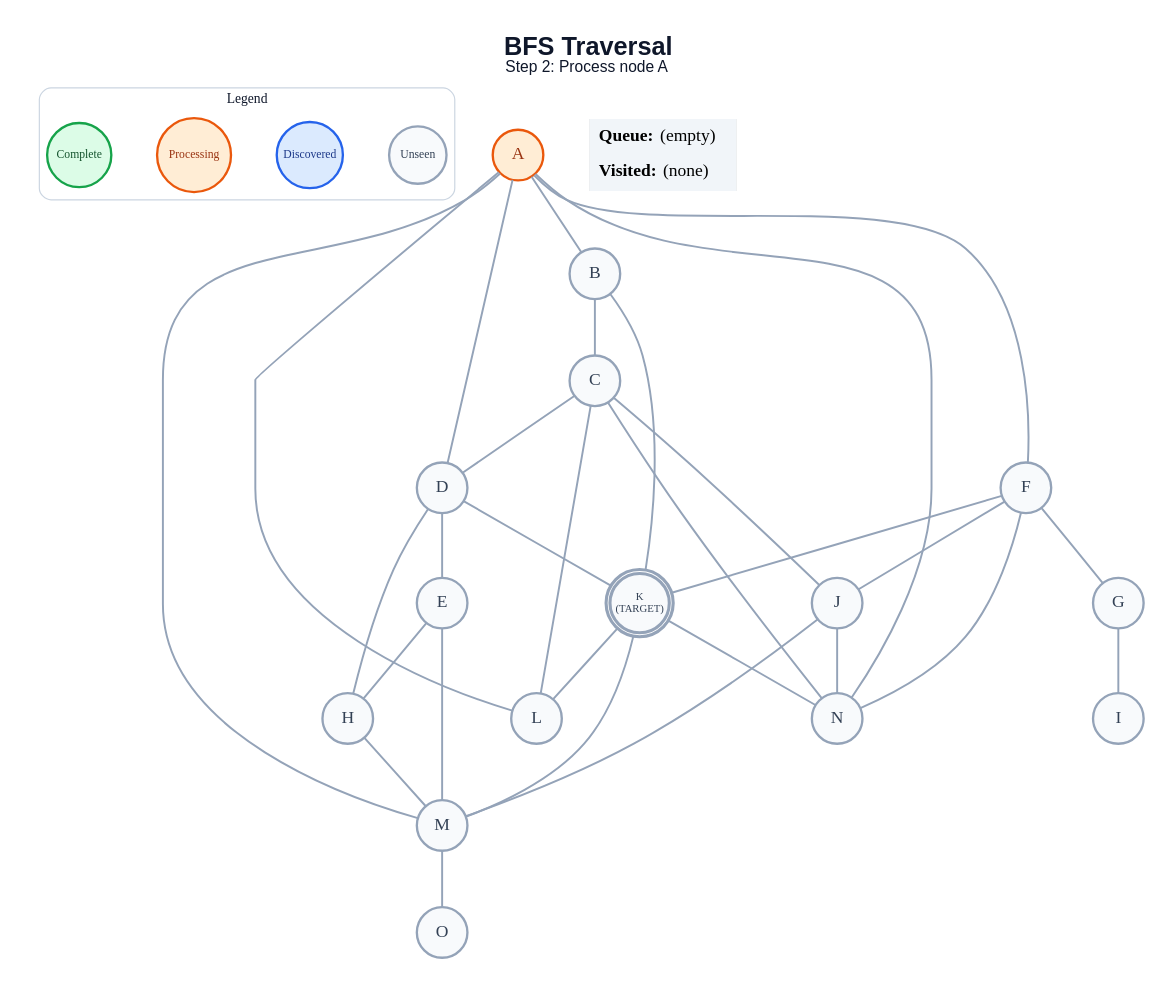
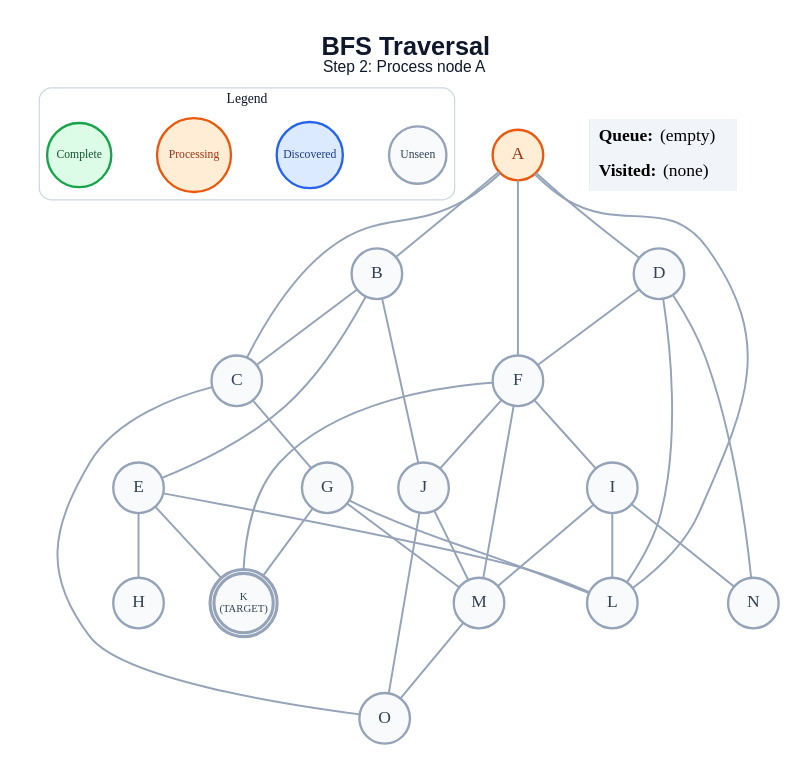
Before and after one commit to anon7238593-create/ai-slop: the diagram in generated/bfs/step_02.dot, drawn with Graphviz. The commit also changed 211 other files, not shown here.

```diff
--- a/generated/bfs/step_02.dot
+++ b/generated/bfs/step_02.dot
@@ -1,63 +1,63 @@
 graph traversal {
   graph [layout=dot, rankdir=TB, bgcolor="#FFFFFF", pad="0.35", nodesep="0.65", ranksep="0.8", fontname="Arial"];
   node [shape=circle, style="filled", fontname="Arial Bold", fontsize=18, width=0.72, fixedsize=true, penwidth=2.4];
   edge [color="#94A3B8", penwidth=2.0];
   label=<<B>BFS Traversal</B><BR/><FONT POINT-SIZE="16">Step 2: Process node A</FONT>>; labelloc="t"; fontsize=26; fontname="Arial"; fontcolor="#0F172A";
   subgraph cluster_legend { label="Legend"; color="#CBD5E1"; penwidth=1.2; style="rounded"; fontsize=14; fontname="Arial Bold";
     key_unseen [label="Unseen", fillcolor="#F8FAFC", color="#94A3B8", fontcolor="#334155", fontsize=12, width=0.82];
     key_frontier [label="Discovered", fillcolor="#DBEAFE", color="#2563EB", fontcolor="#1E3A8A", fontsize=12, width=0.95];
     key_current [label="Processing", fillcolor="#FFEDD5", color="#EA580C", fontcolor="#9A3412", fontsize=12, width=1.05];
     key_done [label="Complete", fillcolor="#DCFCE7", color="#16A34A", fontcolor="#14532D", fontsize=12, width=0.92];
     { rank=same; key_unseen; key_frontier; key_current; key_done; }
   }
   A [label="A", fillcolor="#FFEDD5", color="#EA580C", fontcolor="#9A3412", peripheries=1, penwidth=2.4];
   B [label="B", fillcolor="#F8FAFC", color="#94A3B8", fontcolor="#334155", peripheries=1, penwidth=2.4];
   C [label="C", fillcolor="#F8FAFC", color="#94A3B8", fontcolor="#334155", peripheries=1, penwidth=2.4];
   D [label="D", fillcolor="#F8FAFC", color="#94A3B8", fontcolor="#334155", peripheries=1, penwidth=2.4];
   E [label="E", fillcolor="#F8FAFC", color="#94A3B8", fontcolor="#334155", peripheries=1, penwidth=2.4];
   F [label="F", fillcolor="#F8FAFC", color="#94A3B8", fontcolor="#334155", peripheries=1, penwidth=2.4];
   G [label="G", fillcolor="#F8FAFC", color="#94A3B8", fontcolor="#334155", peripheries=1, penwidth=2.4];
   H [label="H", fillcolor="#F8FAFC", color="#94A3B8", fontcolor="#334155", peripheries=1, penwidth=2.4];
   I [label="I", fillcolor="#F8FAFC", color="#94A3B8", fontcolor="#334155", peripheries=1, penwidth=2.4];
   J [label="J", fillcolor="#F8FAFC", color="#94A3B8", fontcolor="#334155", peripheries=1, penwidth=2.4];
   K [label="K\n(TARGET)", fillcolor="#F8FAFC", color="#94A3B8", fontcolor="#334155", peripheries=2, penwidth=3.2, fontsize=11, width=0.85, height=0.85];
   L [label="L", fillcolor="#F8FAFC", color="#94A3B8", fontcolor="#334155", peripheries=1, penwidth=2.4];
   M [label="M", fillcolor="#F8FAFC", color="#94A3B8", fontcolor="#334155", peripheries=1, penwidth=2.4];
   N [label="N", fillcolor="#F8FAFC", color="#94A3B8", fontcolor="#334155", peripheries=1, penwidth=2.4];
   O [label="O", fillcolor="#F8FAFC", color="#94A3B8", fontcolor="#334155", peripheries=1, penwidth=2.4];
   A -- B;
+  A -- C;
   A -- D;
   A -- F;
   A -- L;
-  A -- M;
-  A -- N;
   B -- C;
-  B -- K;
-  C -- D;
-  C -- J;
-  C -- L;
-  C -- N;
-  D -- E;
-  D -- H;
-  D -- K;
+  B -- E;
+  B -- J;
+  C -- G;
+  C -- O;
+  D -- F;
+  D -- L;
+  D -- N;
   E -- H;
-  E -- M;
-  F -- G;
+  E -- K;
+  E -- L;
+  F -- I;
   F -- J;
   F -- K;
-  F -- N;
-  G -- I;
-  H -- M;
+  F -- M;
+  G -- K;
+  G -- L;
+  G -- M;
+  I -- L;
+  I -- M;
+  I -- N;
   J -- M;
-  J -- N;
-  K -- L;
-  K -- M;
-  K -- N;
+  J -- O;
   M -- O;
   status [shape=plain, fixedsize=false, width=0, height=0, margin=0, label=<
     <TABLE BORDER="0" CELLBORDER="0" CELLPADDING="7" BGCOLOR="#F1F5F9">
       <TR><TD ALIGN="LEFT"><B>Queue:</B> (empty)</TD></TR>
       <TR><TD ALIGN="LEFT"><B>Visited:</B> (none)</TD></TR>
     </TABLE>
   >];
 }
```
